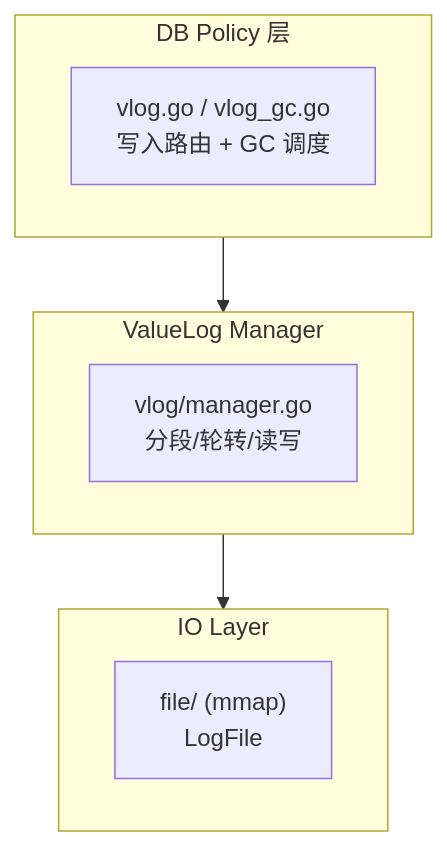
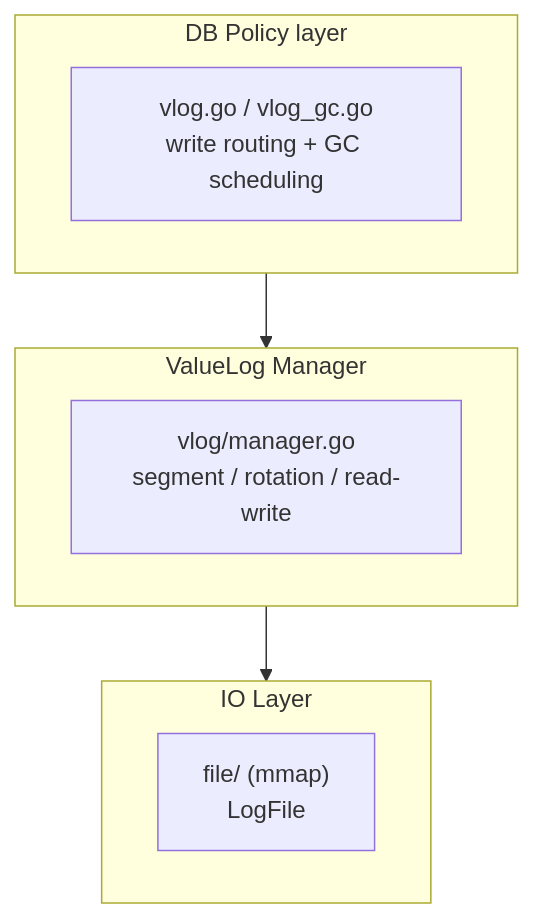
The first of 7 diagrams in docs/notes/2026-02-05-vlog-design-and-gc.md (feichai0017/NoKV), drawn with Mermaid before and after one commit. The commit also changed other lines of this file and 23 other files, not shown here.

````diff
--- a/docs/notes/2026-02-05-vlog-design-and-gc.md
+++ b/docs/notes/2026-02-05-vlog-design-and-gc.md
@@ -58,14 +58,14 @@
 ```mermaid
 flowchart TD
-  subgraph DB["DB Policy 层"]
-    VlogGo["vlog.go / vlog_gc.go<br/>写入路由 + GC 调度"]
+  subgraph DB["DB Policy layer"]
+    VlogGo["vlog.go / vlog_gc.go<br/>write routing + GC scheduling"]
   end
   subgraph Mgr["ValueLog Manager"]
-    MgrGo["vlog/manager.go<br/>分段/轮转/读写"]
+    MgrGo["vlog/manager.go<br/>segment / rotation / read-write"]
   end
   subgraph IO["IO Layer"]
     File["file/ (mmap)<br/>LogFile"]
   end
 
   DB --> Mgr --> IO
 ```
````
